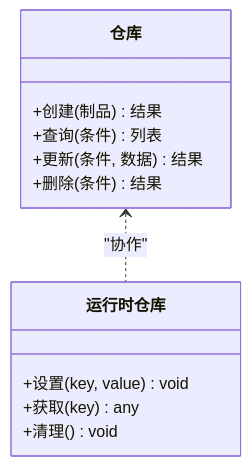
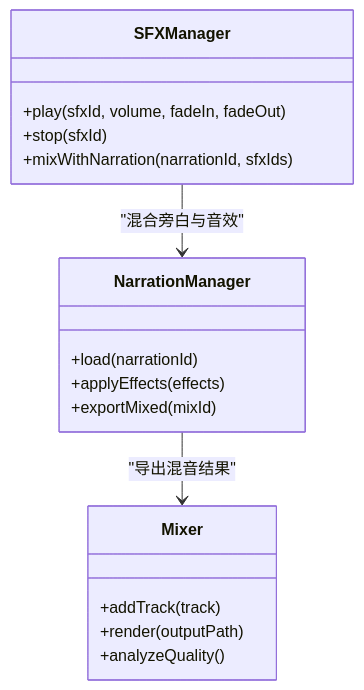
One commit to scottcwy/PurpleInk changed the seventh of 9 diagrams in .qoder/repowiki/zh/content/音频处理/音频处理.md. Above: the diagram before and after it, drawn with Mermaid. The commit also changed other lines of this file and 872 other files, not shown here.

````diff
--- a/.qoder/repowiki/zh/content/音频处理/音频处理.md
+++ b/.qoder/repowiki/zh/content/音频处理/音频处理.md
@@ -400,15 +347,20 @@
 ```mermaid
 classDiagram
-class 仓库 {
-+创建(制品) 结果
-+查询(条件) 列表
-+更新(条件, 数据) 结果
-+删除(条件) 结果
+class SFXManager {
++play(sfxId, volume, fadeIn, fadeOut)
++stop(sfxId)
++mixWithNarration(narrationId, sfxIds)
 }
-class 运行时仓库 {
-+设置(key, value) void
-+获取(key) any
-+清理() void
+class NarrationManager {
++load(narrationId)
++applyEffects(effects)
++exportMixed(mixId)
 }
-仓库 <.. 运行时仓库 : "协作"
+class Mixer {
++addTrack(track)
++render(outputPath)
++analyzeQuality()
+}
+SFXManager --> NarrationManager : "混合旁白与音效"
+NarrationManager --> Mixer : "导出混音结果"
 ```
````
